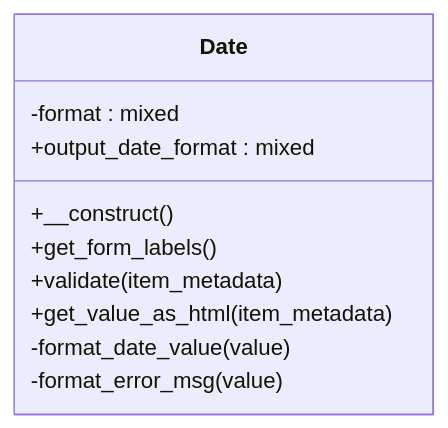
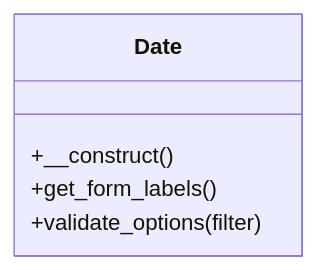
Before and after one commit to tainacan/tainacan: the diagram in docs/phpdoc/classes/Tainacan/Filter_Types/Date.md, drawn with Mermaid. The commit also changed 100 other files, not shown here.

````diff
--- a/docs/phpdoc/classes/Tainacan/Filter_Types/Date.md
+++ b/docs/phpdoc/classes/Tainacan/Filter_Types/Date.md
@@ -12,14 +12,9 @@
 ```mermaid
 classDiagram
     direction TB
     class Date {
-        -format : mixed
-        +output_date_format : mixed
         +__construct()
         +get_form_labels()
-        +validate(item_metadata)
-        +get_value_as_html(item_metadata)
-        -format_date_value(value)
-        -format_error_msg(value)
+        +validate_options(filter)
     }
 ```
````
